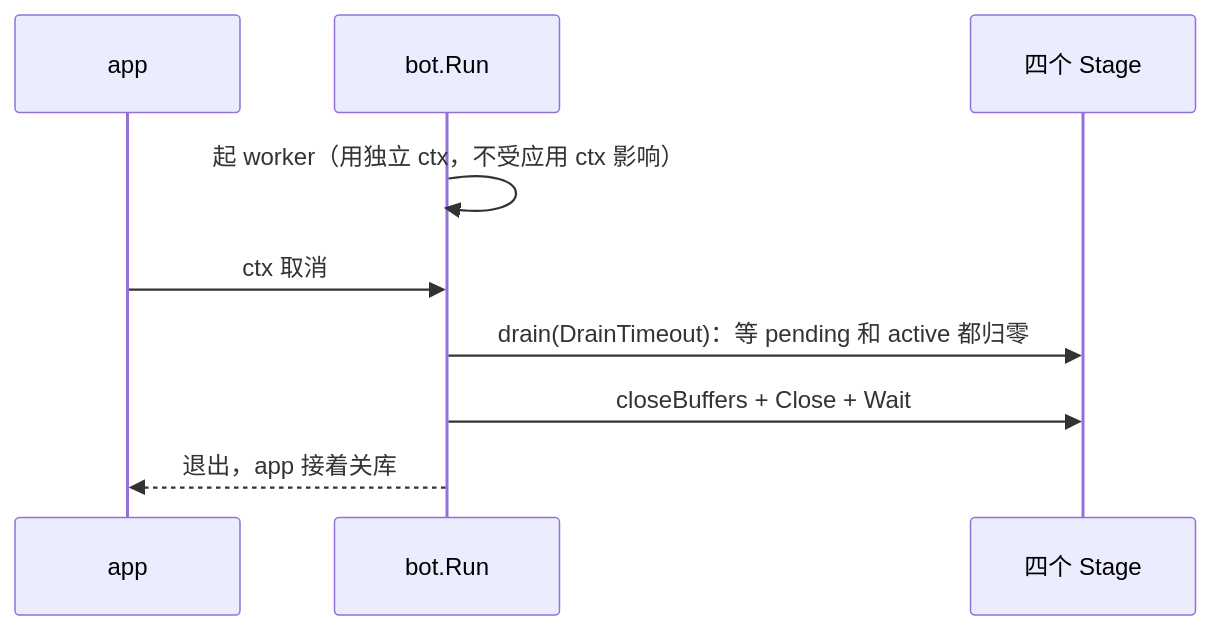
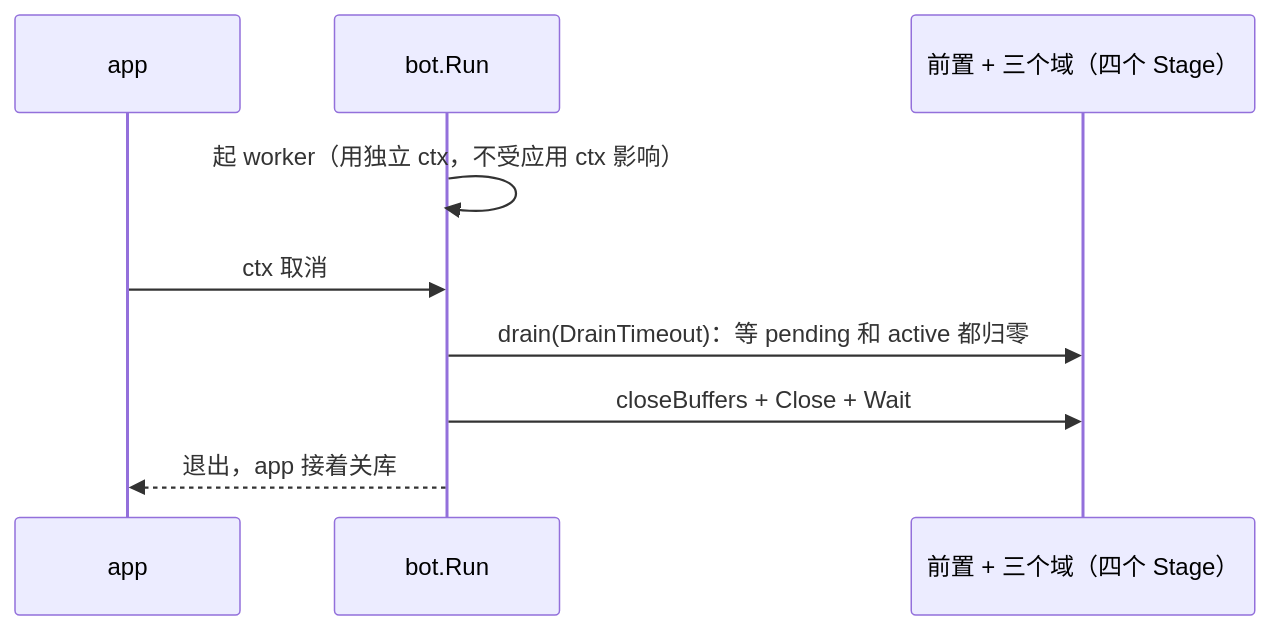
Before and after one commit to CanWeakerWriteStrongCode/good-review-master: the second of 2 diagrams in docs/domains/pipeline.md, drawn with Mermaid. The commit also changed other lines of this file and 32 other files, not shown here.

````diff
--- a/docs/domains/pipeline.md
+++ b/docs/domains/pipeline.md
@@ -103,11 +105,11 @@
 ```mermaid
 sequenceDiagram
   participant A as app
   participant B as bot.Run
-  participant W as 四个 Stage
+  participant W as 前置 + 三个域（四个 Stage）
   B->>B: 起 worker（用独立 ctx，不受应用 ctx 影响）
   A->>B: ctx 取消
   B->>W: drain(DrainTimeout)：等 pending 和 active 都归零
   B->>W: closeBuffers + Close + Wait
   B-->>A: 退出，app 接着关库
 ```
````
